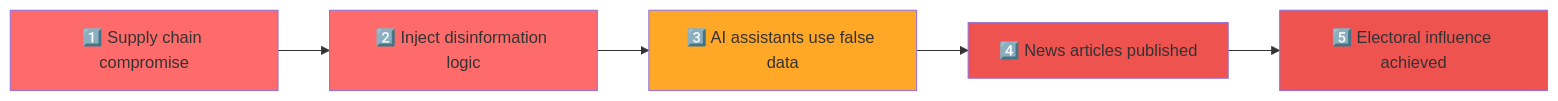
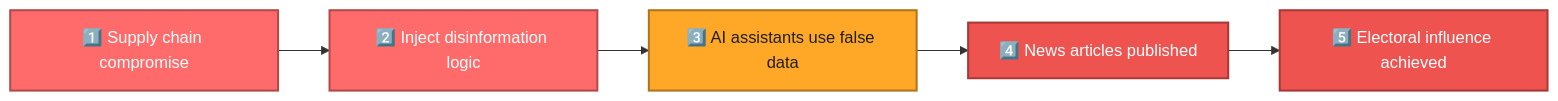
The eighth of 21 diagrams in api-markdown/documents/THREAT_MODEL.md (Hack23/European-Parliament-MCP-Server), drawn with Mermaid before and after one commit. The commit also changed other lines of this file and 1837 other files, not shown here.

````diff
--- a/api-markdown/documents/THREAT_MODEL.md
+++ b/api-markdown/documents/THREAT_MODEL.md
@@ -866,13 +906,18 @@
 ```mermaid
 graph LR
     A[1️⃣ Supply chain compromise] --> B[2️⃣ Inject disinformation logic]
     B --> C[3️⃣ AI assistants use false data]
     C --> D[4️⃣ News articles published]
     D --> E[5️⃣ Electoral influence achieved]
     
-    style A fill:#ff6b6b
-    style B fill:#ff6b6b
-    style C fill:#ffa726
-    style D fill:#ef5350
-    style E fill:#ef5350
+    style A fill:#ff6b6b,stroke:#b24a4a,stroke-width:2px,color:#ffffff
+
+    style B fill:#ff6b6b,stroke:#b24a4a,stroke-width:2px,color:#ffffff
+
+    style C fill:#ffa726,stroke:#b2741a,stroke-width:2px,color:#1f1f1f
+
+    style D fill:#ef5350,stroke:#a73a38,stroke-width:2px,color:#ffffff
+
+    style E fill:#ef5350,stroke:#a73a38,stroke-width:2px,color:#ffffff
+
 ```
````
